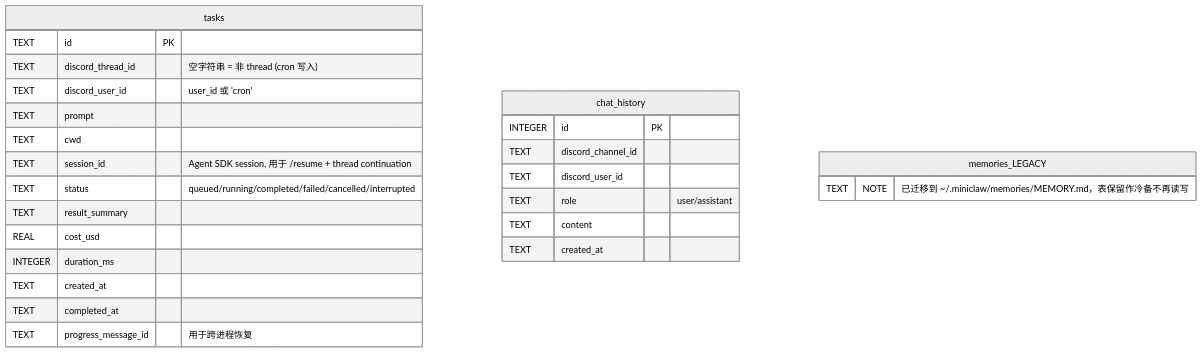
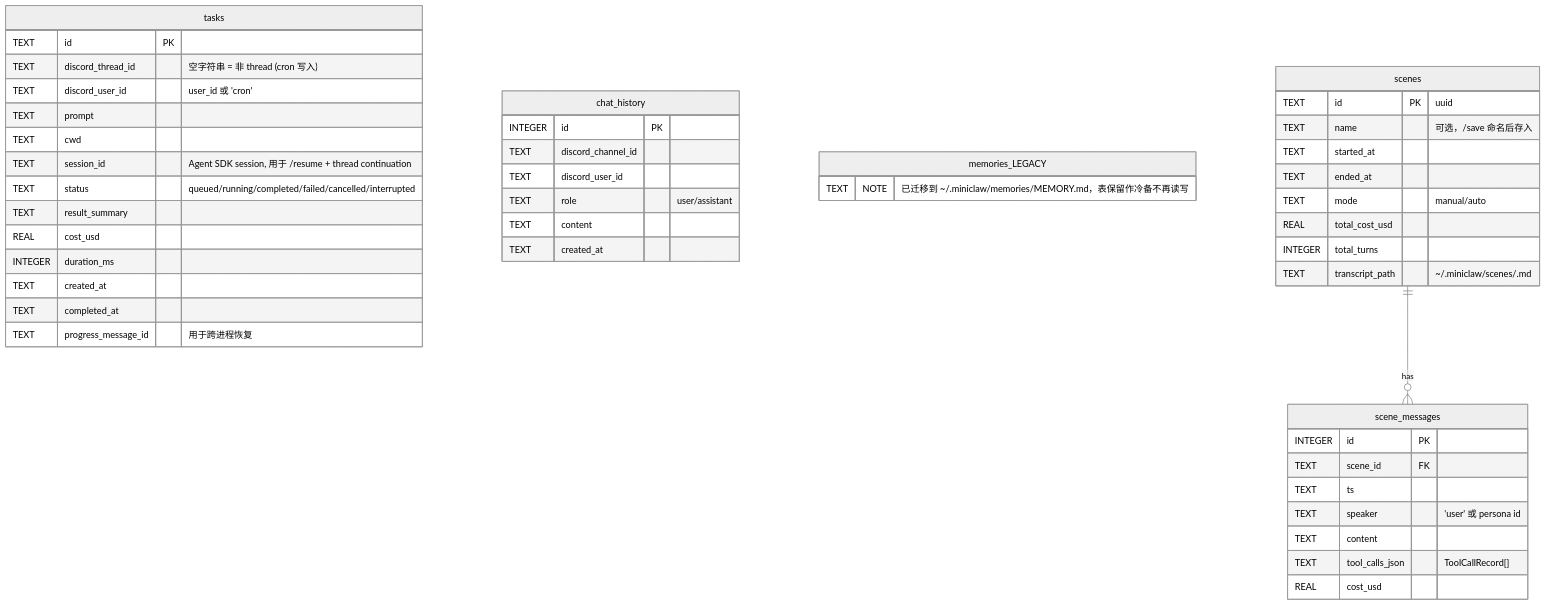
One commit to yuanyunfan/miniclaw changed the fifth of 5 diagrams in docs/architecture.md. Above: the diagram before and after it, drawn with Mermaid (neutral theme). The commit also changed other lines of this file, not shown here.

First line of the commit message:
docs(architecture): 同步 stage 子系统 + scenes 表 + personas/scenes 子目录

````diff
--- a/docs/architecture.md
+++ b/docs/architecture.md
@@ -413,29 +448,49 @@
 ```mermaid
 erDiagram
     tasks {
         TEXT id PK
         TEXT discord_thread_id "空字符串 = 非 thread (cron 写入)"
         TEXT discord_user_id "user_id 或 'cron'"
         TEXT prompt
         TEXT cwd
         TEXT session_id "Agent SDK session, 用于 /resume + thread continuation"
         TEXT status "queued/running/completed/failed/cancelled/interrupted"
         TEXT result_summary
         REAL cost_usd
         INTEGER duration_ms
         TEXT created_at
         TEXT completed_at
         TEXT progress_message_id "用于跨进程恢复"
     }
     chat_history {
         INTEGER id PK
         TEXT discord_channel_id
         TEXT discord_user_id
         TEXT role "user/assistant"
         TEXT content
         TEXT created_at
     }
     memories_LEGACY {
         TEXT NOTE "已迁移到 ~/.miniclaw/memories/MEMORY.md，表保留作冷备不再读写"
     }
+    scenes {
+        TEXT id PK "uuid"
+        TEXT name "可选，/save 命名后存入"
+        TEXT started_at
+        TEXT ended_at
+        TEXT mode "manual/auto"
+        REAL total_cost_usd
+        INTEGER total_turns
+        TEXT transcript_path "~/.miniclaw/scenes/<name>.md"
+    }
+    scene_messages {
+        INTEGER id PK
+        TEXT scene_id FK
+        TEXT ts
+        TEXT speaker "'user' 或 persona id"
+        TEXT content
+        TEXT tool_calls_json "ToolCallRecord[]"
+        REAL cost_usd
+    }
+    scenes ||--o{ scene_messages : "has"
 ```
````
